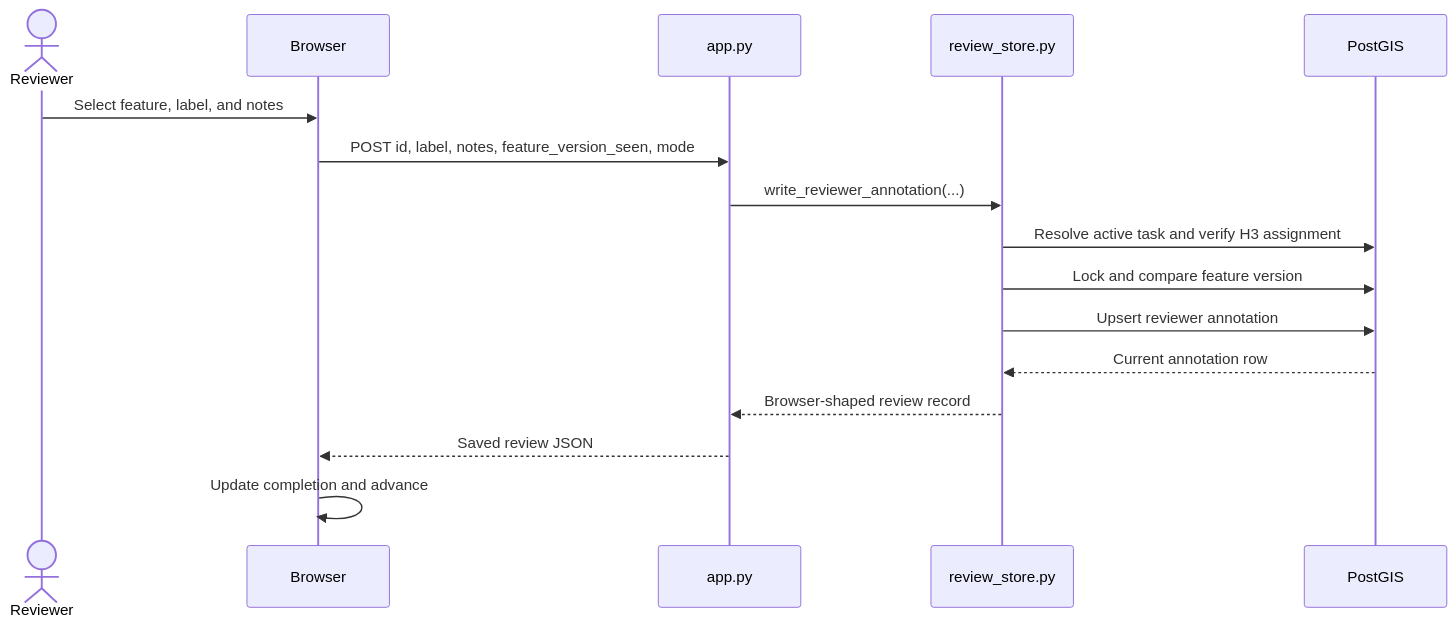
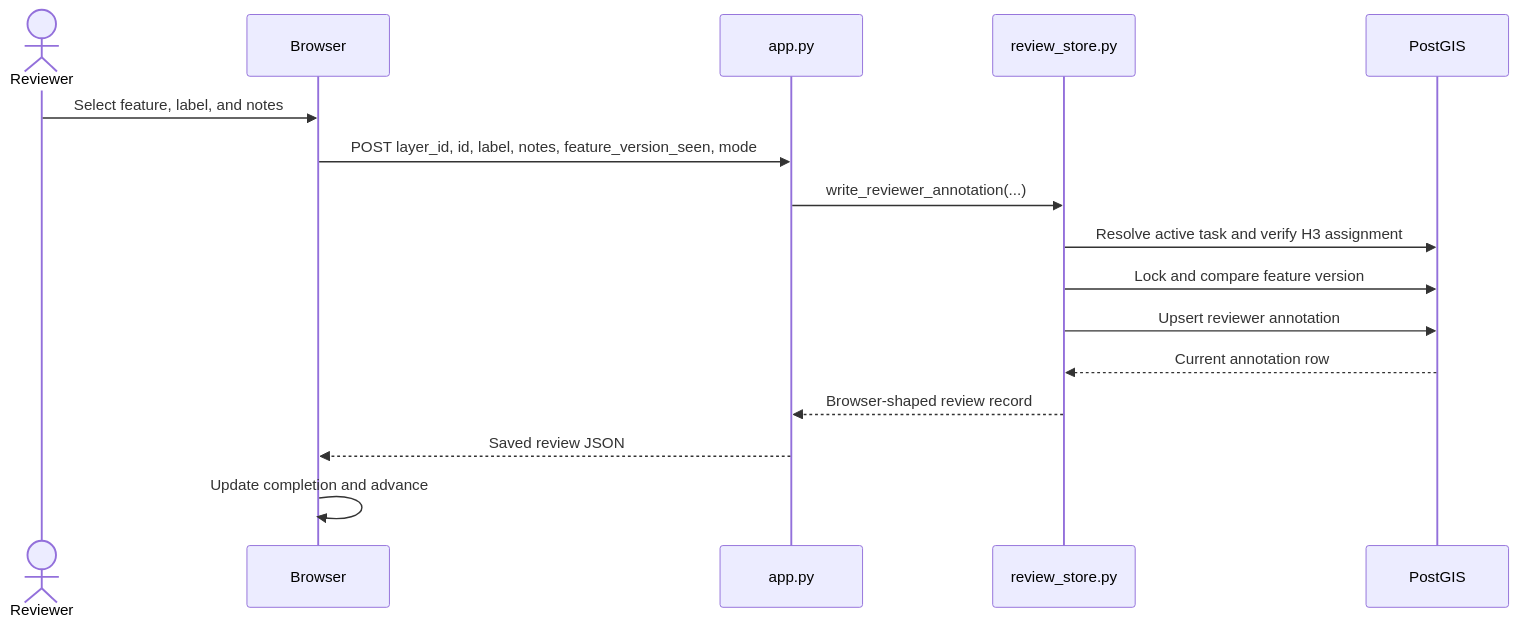
Before and after one commit to kulpojke/quick-qaqc-app: the second of 3 diagrams in flow_chart.md, drawn with Mermaid. The commit also changed other lines of this file and 24 other files, not shown here.

````diff
--- a/flow_chart.md
+++ b/flow_chart.md
@@ -44,19 +45,19 @@
 ```mermaid
 sequenceDiagram
     actor Reviewer
     participant Browser
     participant App as app.py
     participant Store as review_store.py
     participant DB as PostGIS
 
     Reviewer->>Browser: Select feature, label, and notes
-    Browser->>App: POST id, label, notes, feature_version_seen, mode
+    Browser->>App: POST layer_id, id, label, notes, feature_version_seen, mode
     App->>Store: write_reviewer_annotation(...)
     Store->>DB: Resolve active task and verify H3 assignment
     Store->>DB: Lock and compare feature version
     Store->>DB: Upsert reviewer annotation
     DB-->>Store: Current annotation row
     Store-->>App: Browser-shaped review record
     App-->>Browser: Saved review JSON
     Browser->>Browser: Update completion and advance
 ```
````
